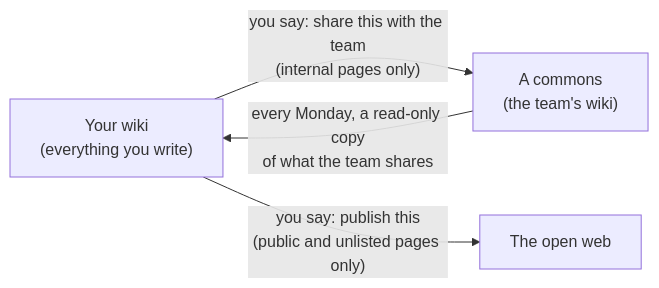
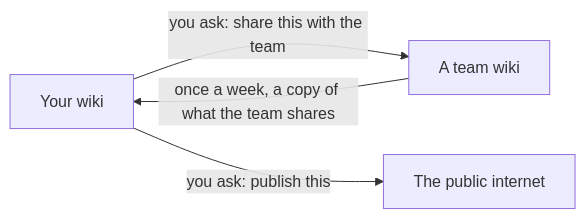
The diagram in HOW-IT-WORKS.md (Dark-Matter-Labs/llm-wiki-template), drawn with Mermaid before and after one commit. The commit also changed other lines of this file and 6 other files, not shown here.

````diff
--- a/HOW-IT-WORKS.md
+++ b/HOW-IT-WORKS.md
@@ -20,6 +22,6 @@
 ```mermaid
 flowchart LR
-  A["Your wiki<br/>(everything you write)"] -- "you say: share this with the team<br/>(internal pages only)" --> B["A commons<br/>(the team's wiki)"]
-  B -- "every Monday, a read-only copy<br/>of what the team shares" --> A
-  A -- "you say: publish this<br/>(public and unlisted pages only)" --> C["The open web"]
+  A["Your wiki"] -- "you ask: share this with the team" --> B["A team wiki"]
+  B -- "once a week, a copy of what the team shares" --> A
+  A -- "you ask: publish this" --> C["The public internet"]
 ```
````
